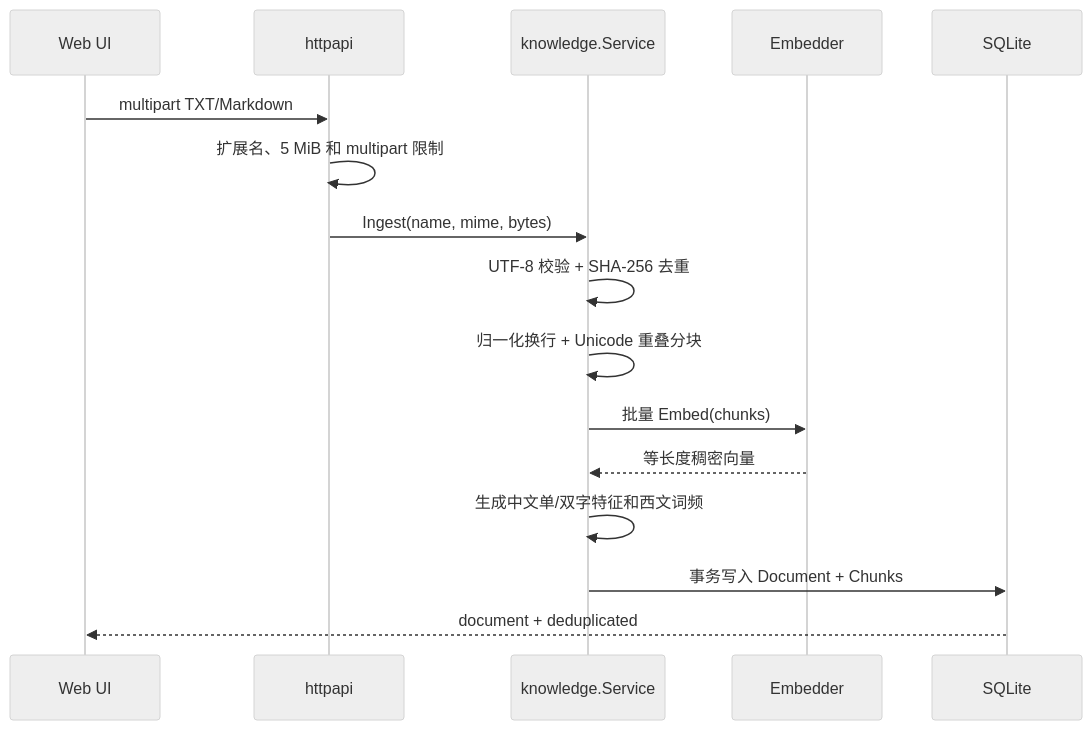
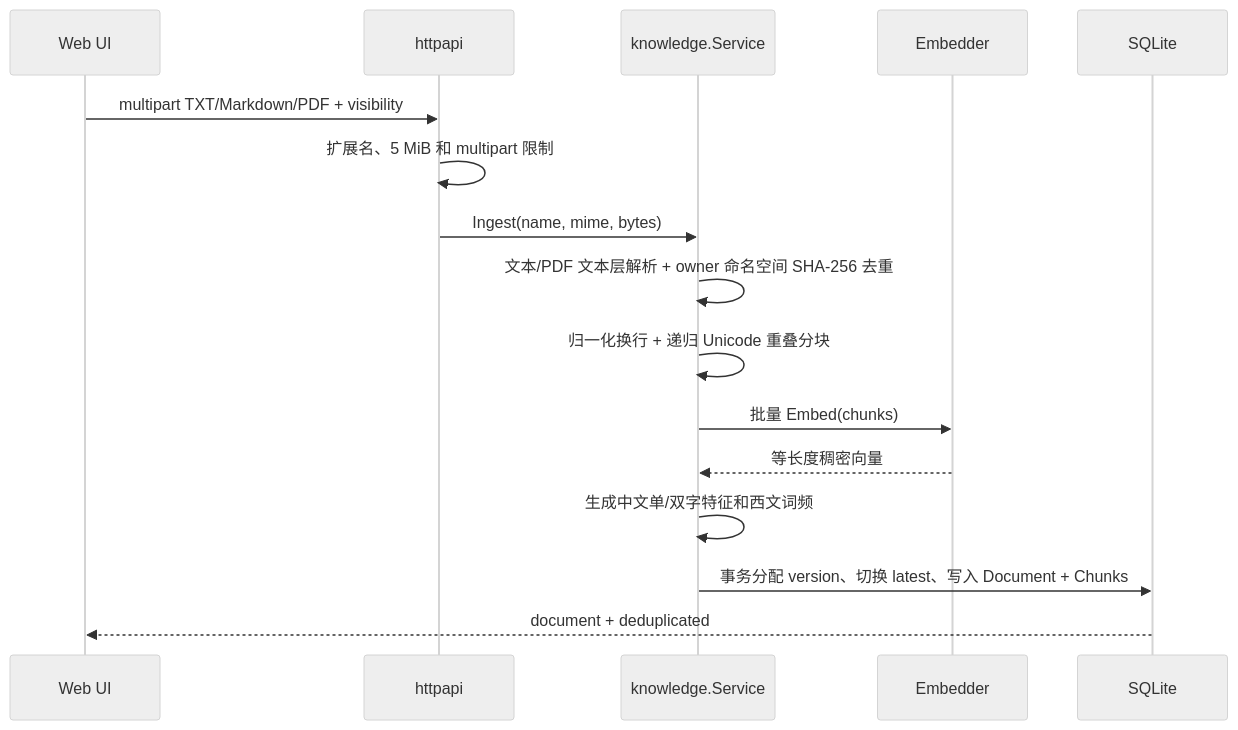
Before and after one commit to zora-DD/zora: the third of 9 diagrams in docs/technical-design.md, drawn with Mermaid (neutral theme). The commit also changed other lines of this file and 23 other files, not shown here.

````diff
--- a/docs/technical-design.md
+++ b/docs/technical-design.md
@@ -467,19 +468,19 @@
 ```mermaid
 sequenceDiagram
     participant UI as Web UI
     participant API as httpapi
     participant KB as knowledge.Service
     participant Embed as Embedder
     participant DB as SQLite
 
-    UI->>API: multipart TXT/Markdown
+    UI->>API: multipart TXT/Markdown/PDF + visibility
     API->>API: 扩展名、5 MiB 和 multipart 限制
     API->>KB: Ingest(name, mime, bytes)
-    KB->>KB: UTF-8 校验 + SHA-256 去重
-    KB->>KB: 归一化换行 + Unicode 重叠分块
+    KB->>KB: 文本/PDF 文本层解析 + owner 命名空间 SHA-256 去重
+    KB->>KB: 归一化换行 + 递归 Unicode 重叠分块
     KB->>Embed: 批量 Embed(chunks)
     Embed-->>KB: 等长度稠密向量
     KB->>KB: 生成中文单/双字特征和西文词频
-    KB->>DB: 事务写入 Document + Chunks
+    KB->>DB: 事务分配 version、切换 latest、写入 Document + Chunks
     DB-->>UI: document + deduplicated
 ```
````
